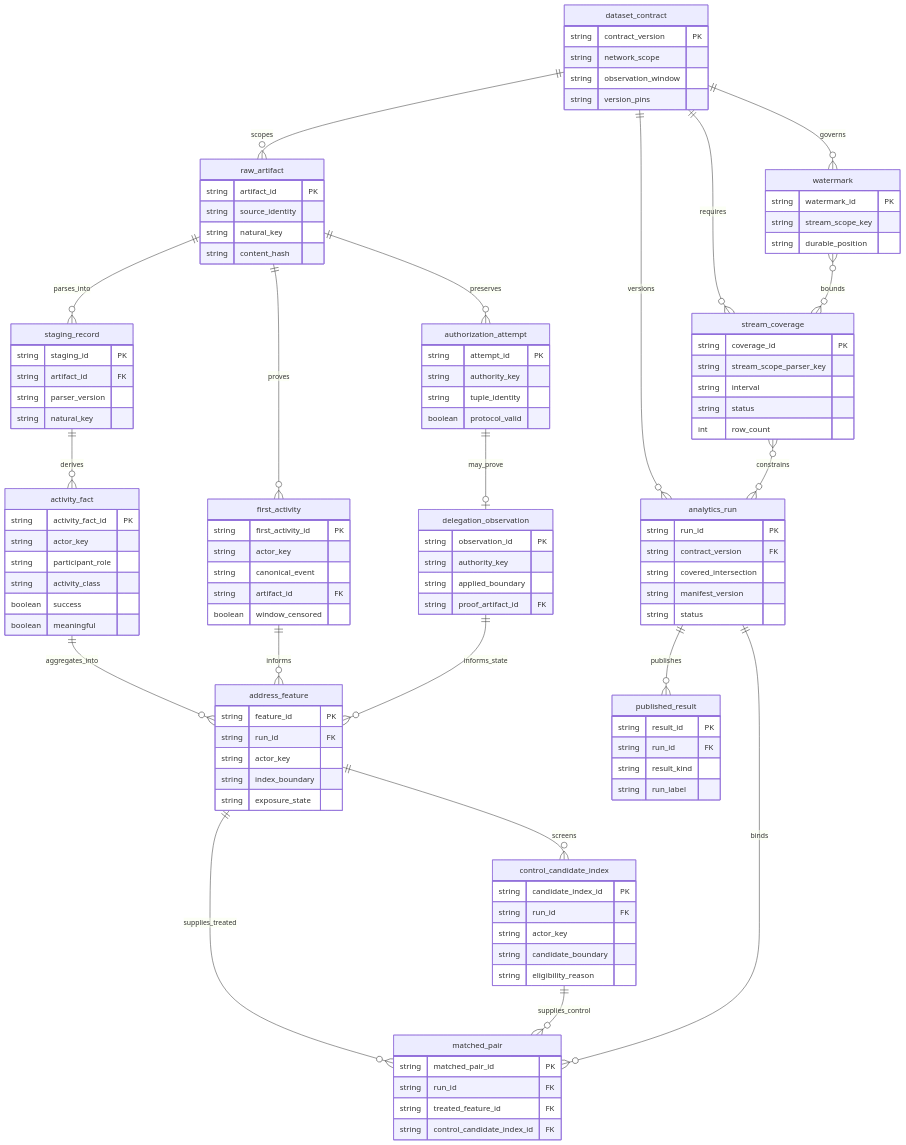
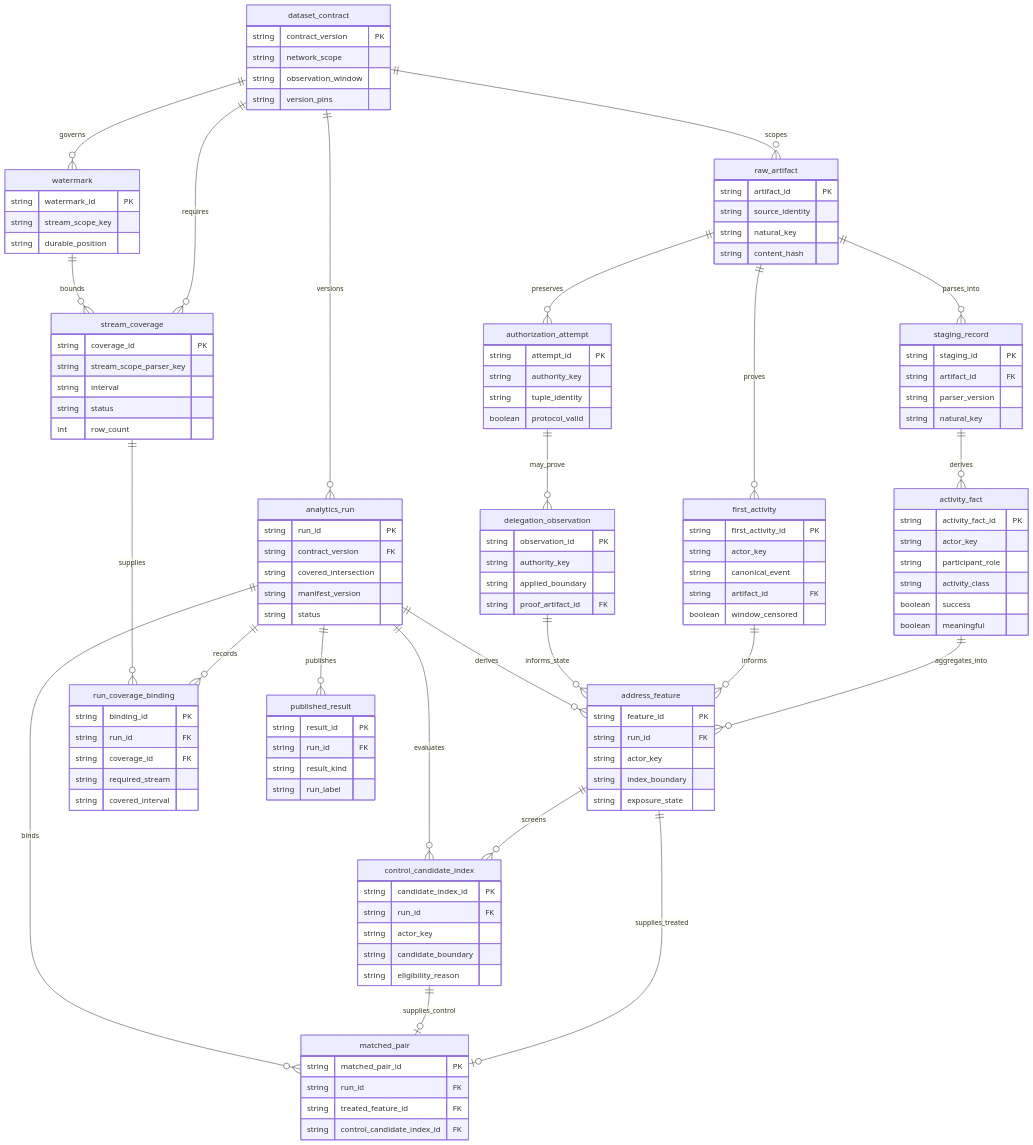
One commit to andrewmpalka/strata changed the diagram in docs/architecture/diagrams/target-core-data-model.md. Above: the diagram before and after it, drawn with Mermaid. The commit also changed other lines of this file and 6 other files, not shown here.

Commit message:
docs: correct architecture diagram semantics

```diff
--- a/docs/architecture/diagrams/target-core-data-model.md
+++ b/docs/architecture/diagrams/target-core-data-model.md
@@ -25,16 +25,19 @@
     raw_artifact ||--o{ first_activity : proves
     raw_artifact ||--o{ authorization_attempt : preserves
     staging_record ||--o{ activity_fact : derives
-    authorization_attempt ||--o| delegation_observation : may_prove
+    authorization_attempt ||--o{ delegation_observation : may_prove
     activity_fact ||--o{ address_feature : aggregates_into
     first_activity ||--o{ address_feature : informs
     delegation_observation ||--o{ address_feature : informs_state
     address_feature ||--o{ control_candidate_index : screens
-    address_feature ||--o{ matched_pair : supplies_treated
-    control_candidate_index ||--o{ matched_pair : supplies_control
+    address_feature ||--o| matched_pair : supplies_treated
+    control_candidate_index ||--o| matched_pair : supplies_control
+    analytics_run ||--o{ address_feature : derives
+    analytics_run ||--o{ control_candidate_index : evaluates
     analytics_run ||--o{ matched_pair : binds
-    stream_coverage }o--o{ analytics_run : constrains
-    watermark }o--o{ stream_coverage : bounds
+    analytics_run ||--o{ run_coverage_binding : records
+    stream_coverage ||--o{ run_coverage_binding : supplies
+    watermark ||--o{ stream_coverage : bounds
     analytics_run ||--o{ published_result : publishes
 
     dataset_contract {
@@ -121,6 +124,13 @@
         string manifest_version
         string status
     }
+    run_coverage_binding {
+        string binding_id PK
+        string run_id FK
+        string coverage_id FK
+        string required_stream
+        string covered_interval
+    }
     published_result {
         string result_id PK
         string run_id FK
```
